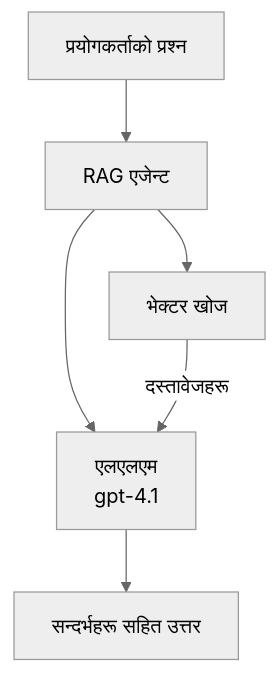
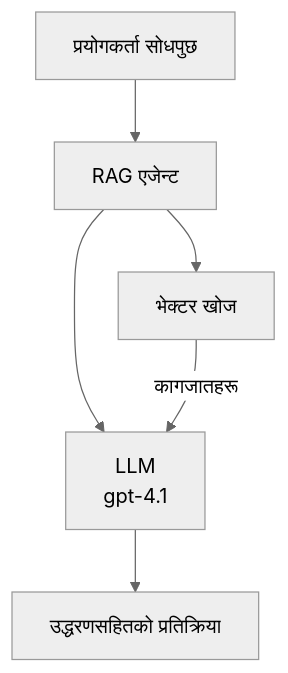
One commit to microsoft/AZD-for-beginners changed the second of 3 diagrams in translations/ne/docs/chapter-02-ai-development/agents.md. Above: the diagram before and after it, drawn with Mermaid (neutral theme). The commit also changed other lines of this file and 101 other files, not shown here.

````diff
--- a/translations/ne/docs/chapter-02-ai-development/agents.md
+++ b/translations/ne/docs/chapter-02-ai-development/agents.md
@@ -170,8 +175,8 @@
 ```mermaid
 graph TD
-    Query[प्रयोगकर्ताको प्रश्न] --> RAG[RAG एजेन्ट]
+    Query[प्रयोगकर्ता सोधपुछ] --> RAG[RAG एजेन्ट]
     RAG --> Vector[भेक्टर खोज]
-    RAG --> LLM[एलएलएम<br/>gpt-4.1]
-    Vector -- दस्तावेजहरू --> LLM
-    LLM --> Response[सन्दर्भहरू सहित उत्तर]
+    RAG --> LLM[LLM<br/>gpt-4.1]
+    Vector -- कागजातहरू --> LLM
+    LLM --> Response[उद्धरणसहितको प्रतिक्रिया]
 ```
````
